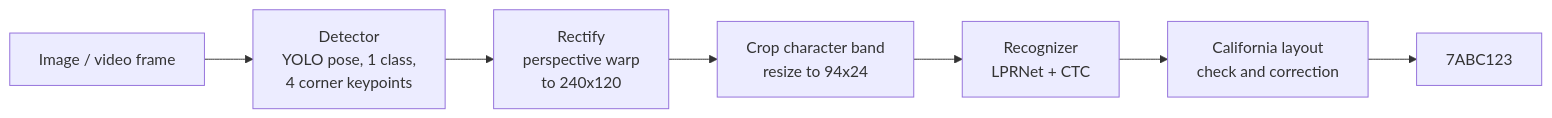
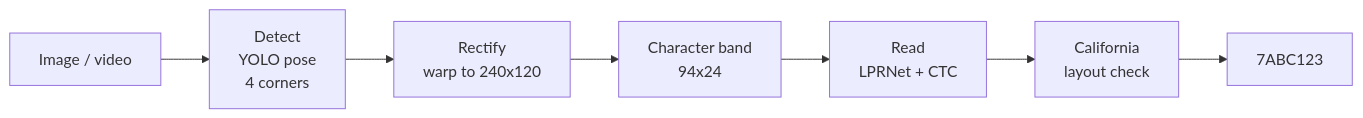
The diagram in README.md (azerbenali/California-License-Plate-Recognition), drawn with Mermaid before and after one commit. The commit also changed other lines of this file and 2 other files, not shown here.

````diff
--- a/README.md
+++ b/README.md
@@ -15,9 +68,9 @@
 ```mermaid
 flowchart LR
-    A[Image / video frame] --> B[Detector<br/>YOLO pose, 1 class,<br/>4 corner keypoints]
-    B --> C[Rectify<br/>perspective warp<br/>to 240x120]
-    C --> D[Crop character band<br/>resize to 94x24]
-    D --> E[Recognizer<br/>LPRNet + CTC]
-    E --> F[California layout<br/>check and correction]
+    A[Image / video] --> B[Detect<br/>YOLO pose<br/>4 corners]
+    B --> C[Rectify<br/>warp to 240x120]
+    C --> D[Character band<br/>94x24]
+    D --> E[Read<br/>LPRNet + CTC]
+    E --> F[California<br/>layout check]
     F --> G["7ABC123"]
 ```
````
